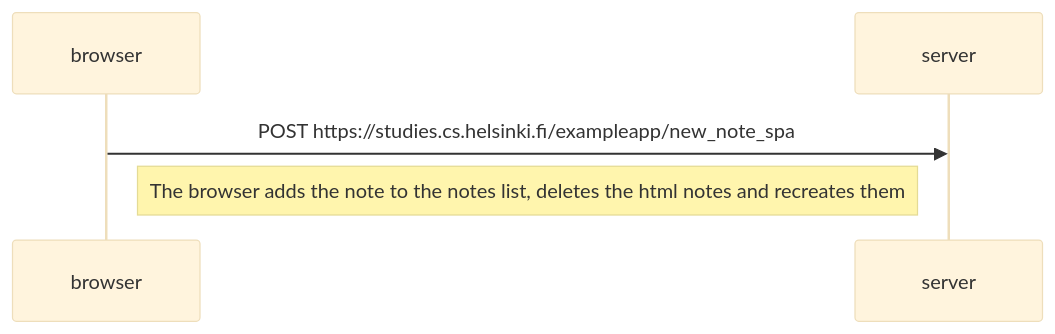
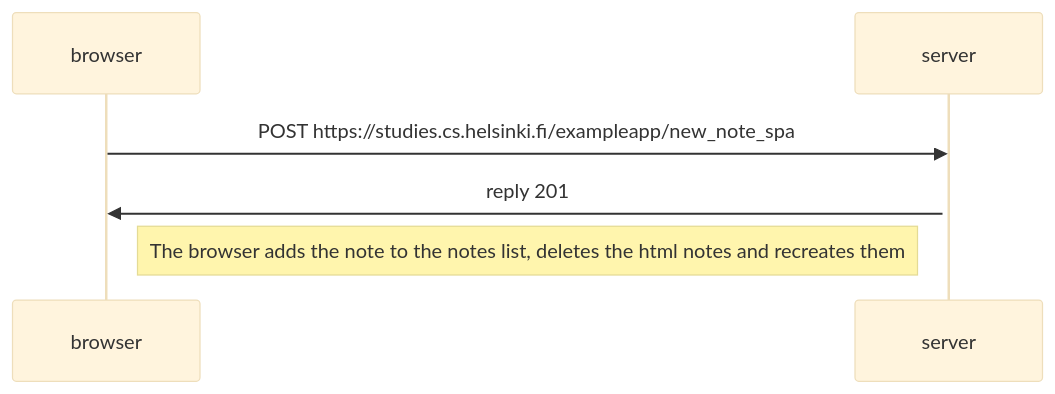
Before and after one commit to gitBram/full-stack-open: the diagram in part0/exercise06.md, drawn with Mermaid (base theme).

````diff
--- a/part0/exercise06.md
+++ b/part0/exercise06.md
@@ -1,11 +1,11 @@
 ```mermaid
 sequenceDiagram
     participant browser
     participant server
 
     browser->>server: POST https://studies.cs.helsinki.fi/exampleapp/new_note_spa
     activate server
-
+    server->>browser: reply 201
     Note right of browser: The browser adds the note to the notes list, deletes the html notes and recreates them
 
 ```
````
